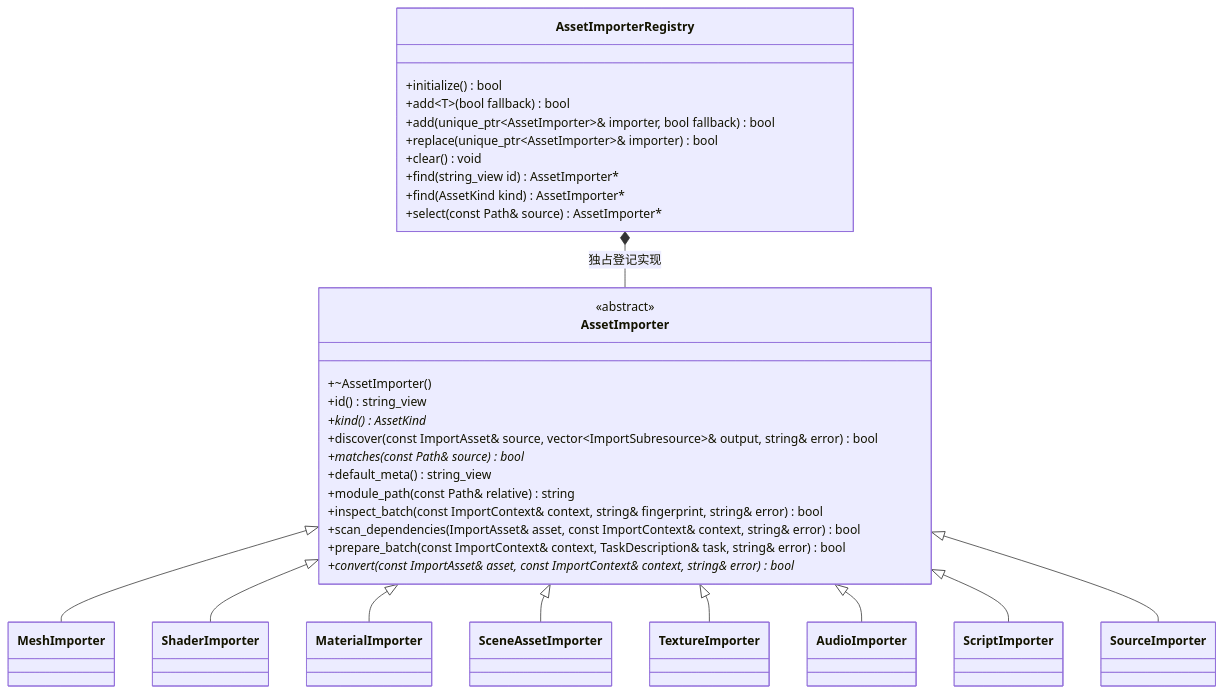
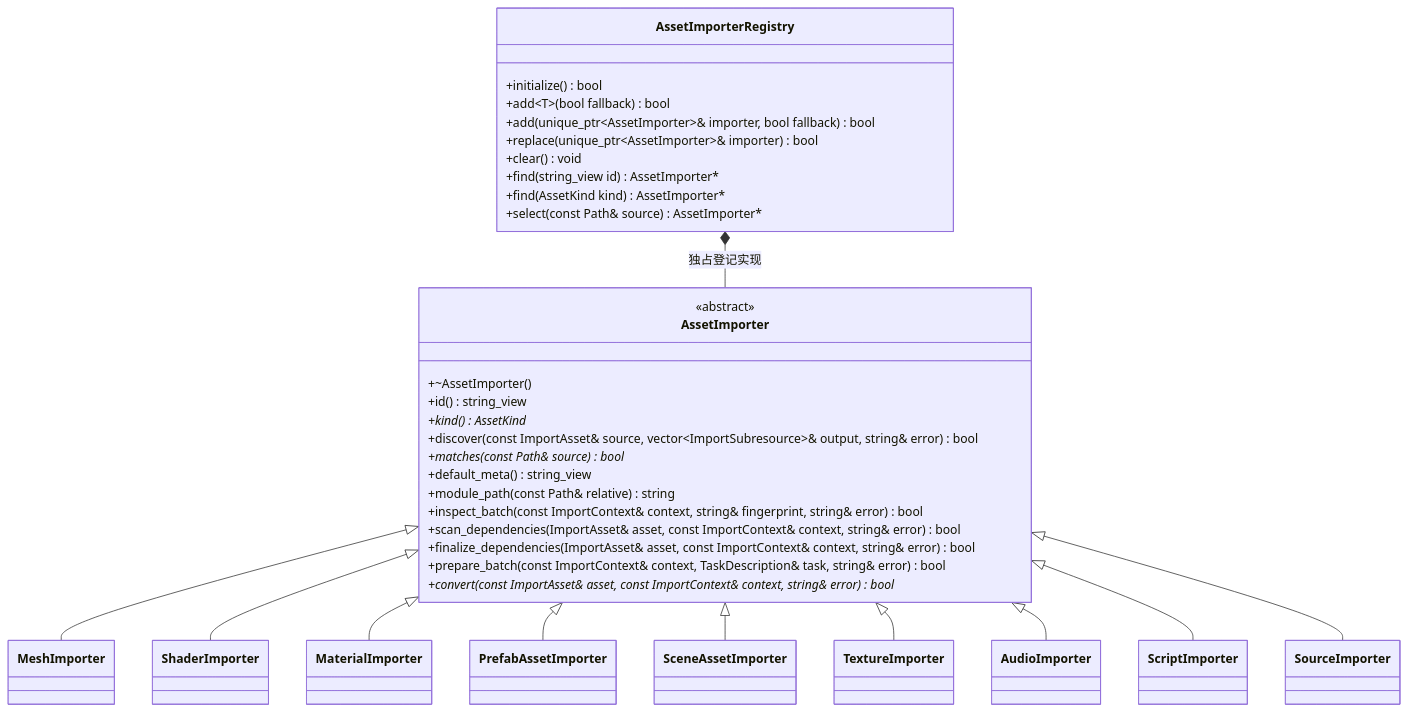
One commit to lcals/Engine changed the diagram in docs/editor/class-diagrams/asset-importers.md. Above: the diagram before and after it, drawn with Mermaid. The commit also changed other lines of this file and 193 other files, not shown here.

````diff
--- a/docs/editor/class-diagrams/asset-importers.md
+++ b/docs/editor/class-diagrams/asset-importers.md
@@ -5,44 +5,47 @@
 ```mermaid
 classDiagram
     class AssetImporter {
         <<abstract>>
         +~AssetImporter()
         +id() string_view
         +kind() AssetKind*
         +discover(const ImportAsset& source, vector~ImportSubresource~& output, string& error) bool
         +matches(const Path& source) bool*
         +default_meta() string_view
         +module_path(const Path& relative) string
         +inspect_batch(const ImportContext& context, string& fingerprint, string& error) bool
         +scan_dependencies(ImportAsset& asset, const ImportContext& context, string& error) bool
+        +finalize_dependencies(ImportAsset& asset, const ImportContext& context, string& error) bool
         +prepare_batch(const ImportContext& context, TaskDescription& task, string& error) bool
         +convert(const ImportAsset& asset, const ImportContext& context, string& error) bool*
     }
     class AssetImporterRegistry {
         +initialize() bool
         +add~T~(bool fallback) bool
         +add(unique_ptr~AssetImporter~& importer, bool fallback) bool
         +replace(unique_ptr~AssetImporter~& importer) bool
         +clear() void
         +find(string_view id) AssetImporter#42;
         +find(AssetKind kind) AssetImporter#42;
         +select(const Path& source) AssetImporter#42;
     }
     class MeshImporter
     class ShaderImporter
     class MaterialImporter
     class SceneAssetImporter
+    class PrefabAssetImporter
     class TextureImporter
     class AudioImporter
     class ScriptImporter
     class SourceImporter
     AssetImporter <|-- MeshImporter
     AssetImporter <|-- ShaderImporter
     AssetImporter <|-- MaterialImporter
+    AssetImporter <|-- PrefabAssetImporter
     AssetImporter <|-- SceneAssetImporter
     AssetImporter <|-- TextureImporter
     AssetImporter <|-- AudioImporter
     AssetImporter <|-- ScriptImporter
     AssetImporter <|-- SourceImporter
     AssetImporterRegistry *-- AssetImporter : 独占登记实现
 ```
````
